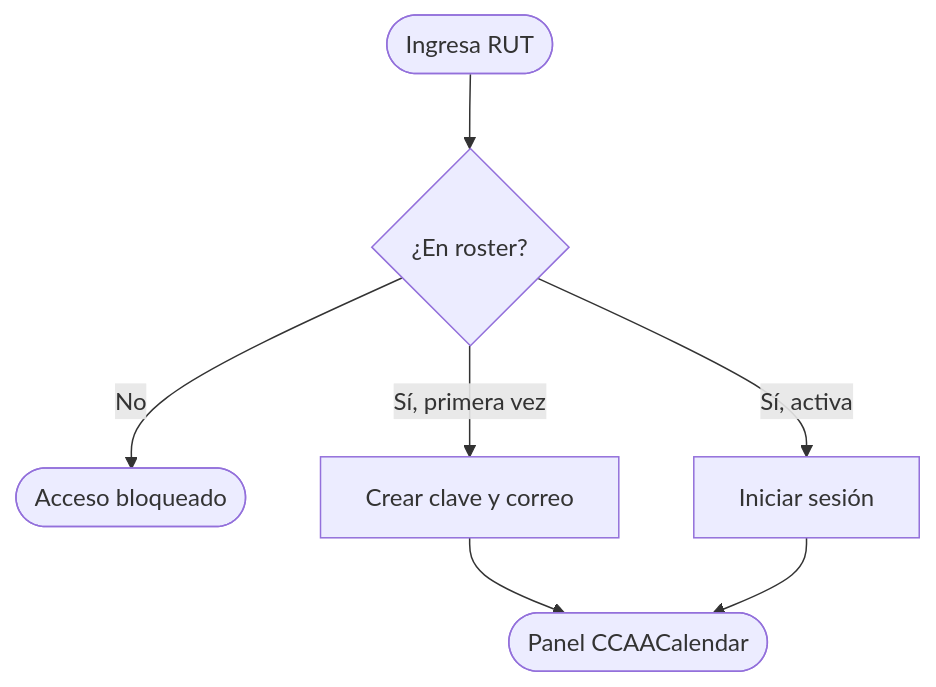
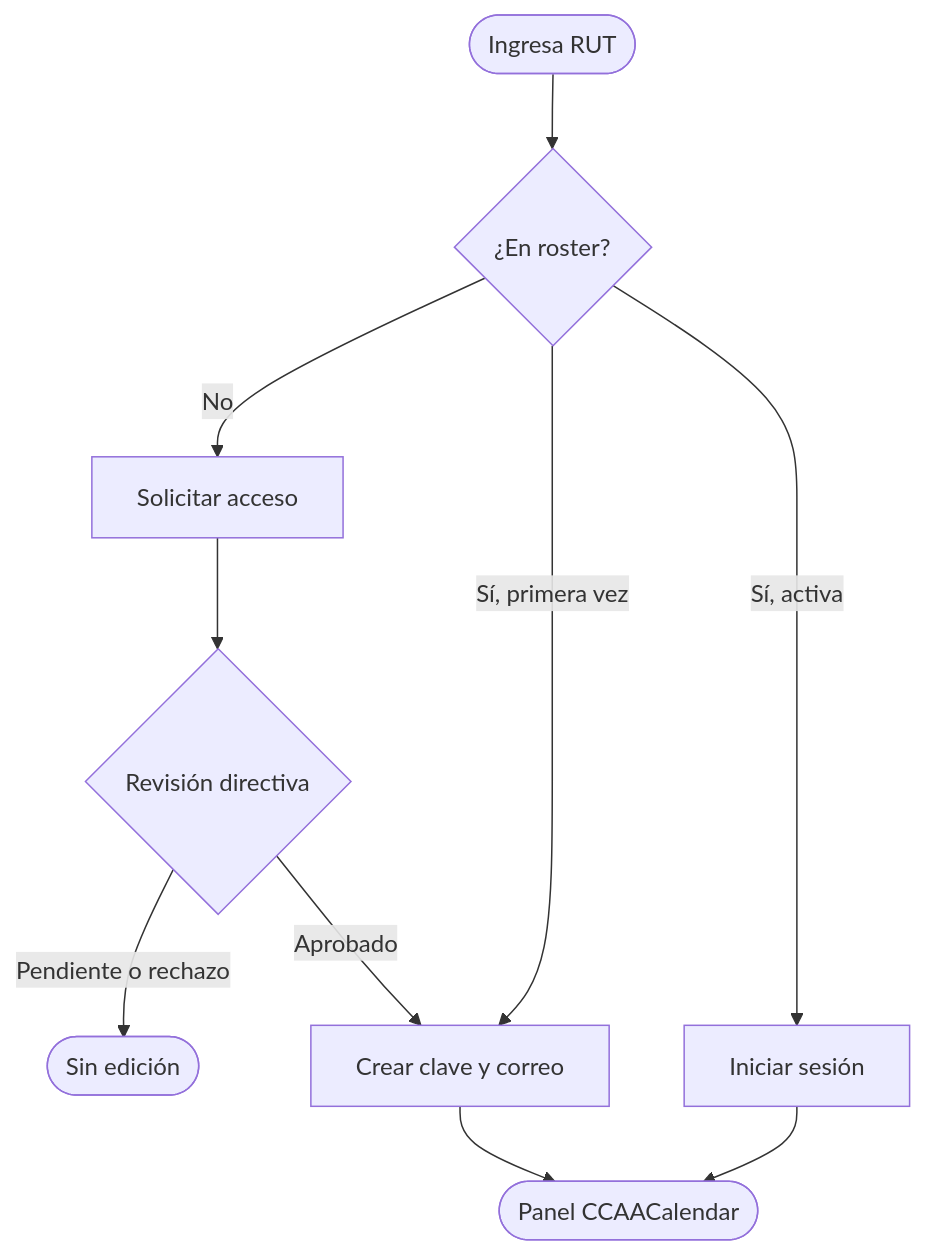
The eighth of 16 diagrams in README.md (JackStar6677-1/CCAACalendar), drawn with Mermaid before and after one commit. The commit also changed other lines of this file and 13 other files, not shown here.

````diff
--- a/README.md
+++ b/README.md
@@ -203,9 +203,12 @@
 ```mermaid
 flowchart TB
     Start([Ingresa RUT]) --> Lookup{¿En roster?}
-    Lookup -->|No| Block([Acceso bloqueado])
+    Lookup -->|No| Request[Solicitar acceso]
+    Request --> Review{Revisión directiva}
+    Review -->|Pendiente o rechazo| Block([Sin edición])
+    Review -->|Aprobado| Activate
     Lookup -->|Sí, primera vez| Activate[Crear clave y correo]
     Lookup -->|Sí, activa| Login[Iniciar sesión]
     Activate --> App([Panel CCAACalendar])
     Login --> App
 ```
````
